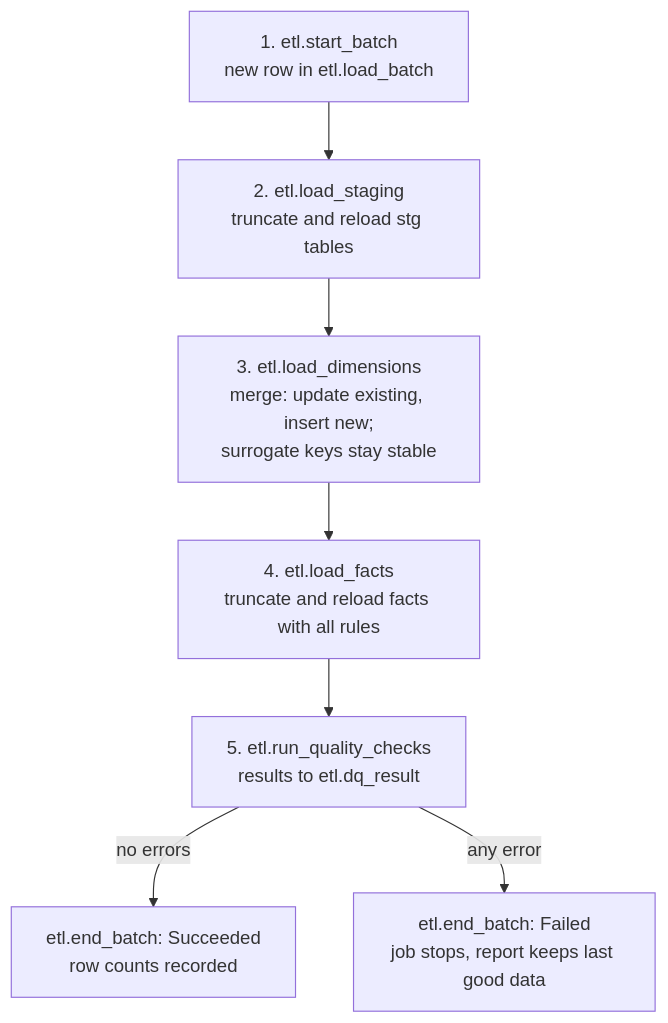
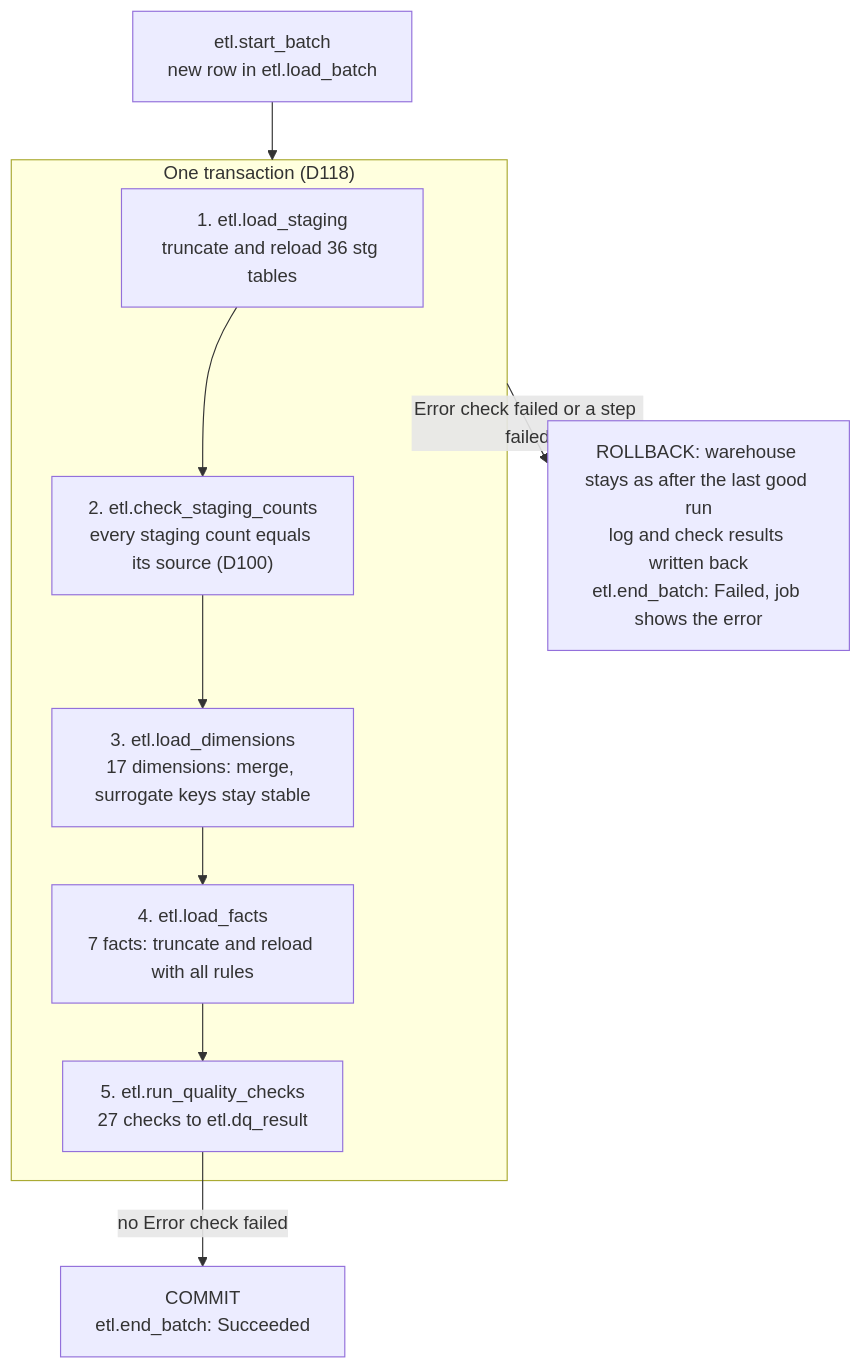
The second of 3 diagrams in DA-01/docs/design/architecture.md (marthasanjusri-code/enterprise-bi-suite), drawn with Mermaid before and after one commit. The commit also changed other lines of this file and 7 other files, not shown here.

Commit message:
Add pipeline with data quality checks, security users and Agent job; decisions D117-D119 and B5 test results

````diff
--- a/DA-01/docs/design/architecture.md
+++ b/DA-01/docs/design/architecture.md
@@ -54,9 +55,13 @@
 ```mermaid
 flowchart TD
-    A["1. etl.start_batch<br/>new row in etl.load_batch"] --> B["2. etl.load_staging<br/>truncate and reload stg tables"]
-    B --> C["3. etl.load_dimensions<br/>merge: update existing, insert new;<br/>surrogate keys stay stable"]
-    C --> D["4. etl.load_facts<br/>truncate and reload facts with all rules"]
-    D --> E["5. etl.run_quality_checks<br/>results to etl.dq_result"]
-    E -->|no errors| F["etl.end_batch: Succeeded<br/>row counts recorded"]
-    E -->|any error| G["etl.end_batch: Failed<br/>job stops, report keeps last good data"]
+    A["etl.start_batch<br/>new row in etl.load_batch"] --> T
+    subgraph T["One transaction (D118)"]
+        B["1. etl.load_staging<br/>truncate and reload 36 stg tables"]
+        B --> C["2. etl.check_staging_counts<br/>every staging count equals its source (D100)"]
+        C --> D["3. etl.load_dimensions<br/>17 dimensions: merge, surrogate keys stay stable"]
+        D --> E["4. etl.load_facts<br/>7 facts: truncate and reload with all rules"]
+        E --> F["5. etl.run_quality_checks<br/>27 checks to etl.dq_result"]
+    end
+    F -->|no Error check failed| G["COMMIT<br/>etl.end_batch: Succeeded"]
+    T -->|Error check failed or a step failed| H["ROLLBACK: warehouse stays as after the last good run<br/>log and check results written back<br/>etl.end_batch: Failed, job shows the error"]
 ```
````
